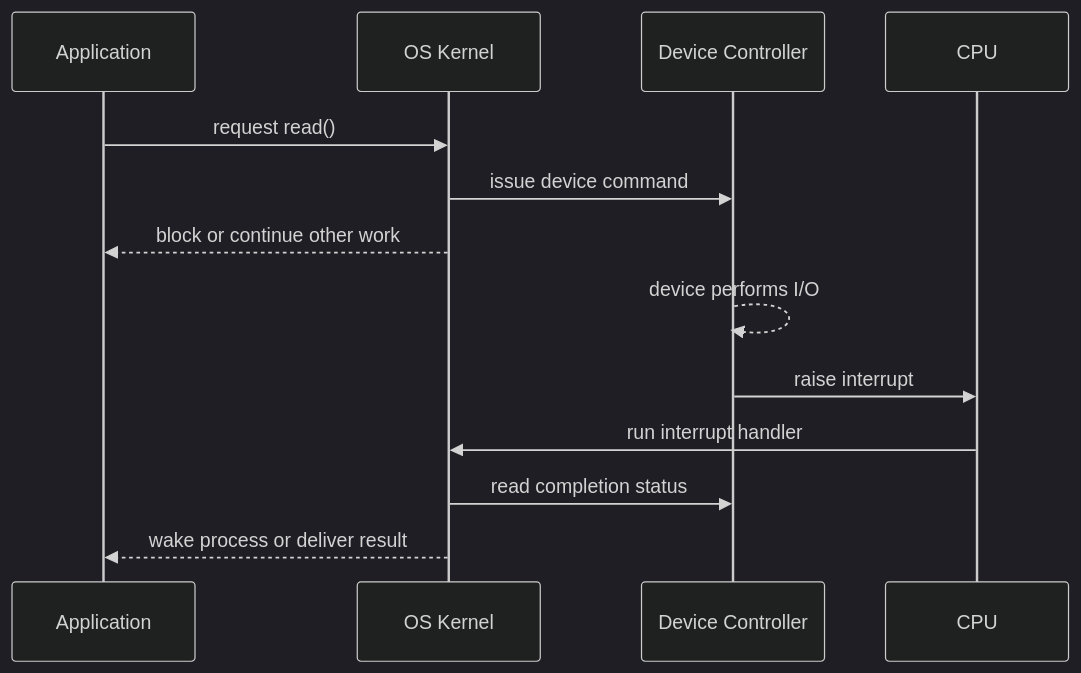
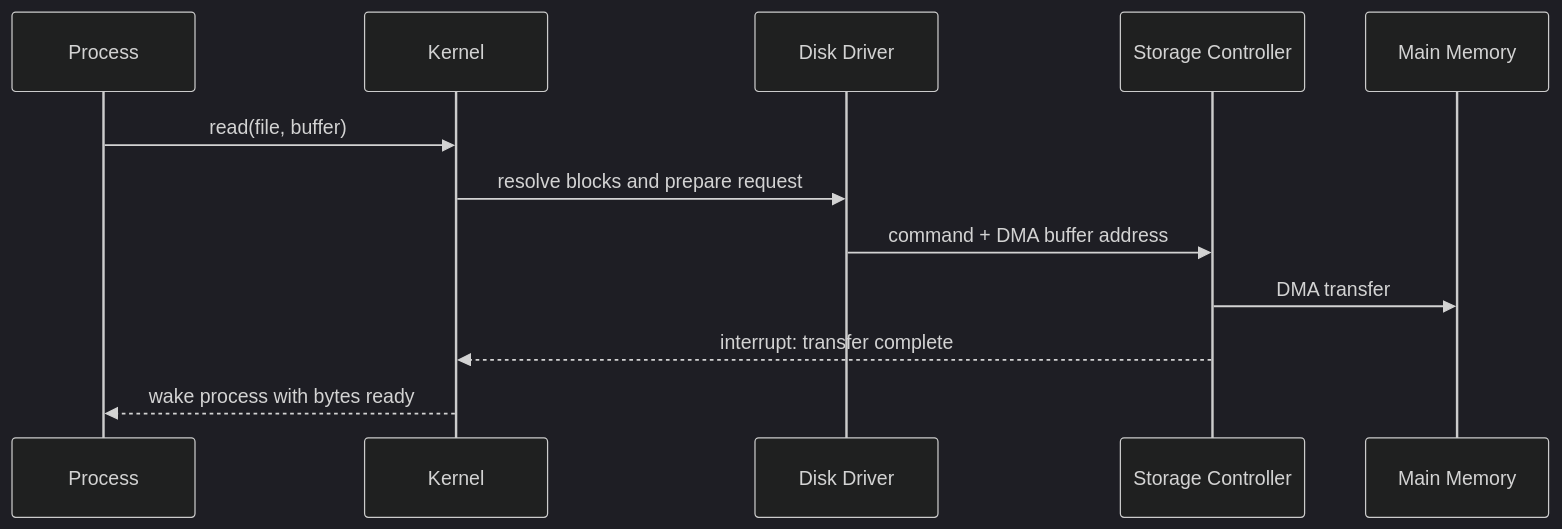
Before and after one commit to Harsh16Bhardwaj/learnOS: the second of 3 diagrams in outputs/markdown/day-02-computer-system-architecture-for-os.md, drawn with Mermaid (dark theme). The commit also changed other lines of this file and 131 other files, not shown here.

````diff
--- a/outputs/markdown/day-02-computer-system-architecture-for-os.md
+++ b/outputs/markdown/day-02-computer-system-architecture-for-os.md
@@ -139,16 +143,14 @@
 ```mermaid
 sequenceDiagram
-    participant App as Application
-    participant OS as OS Kernel
-    participant Ctrl as Device Controller
-    participant CPU as CPU
-
-    App->>OS: request read()
-    OS->>Ctrl: issue device command
-    OS-->>App: block or continue other work
-    Ctrl-->>Ctrl: device performs I/O
-    Ctrl->>CPU: raise interrupt
-    CPU->>OS: run interrupt handler
-    OS->>Ctrl: read completion status
-    OS-->>App: wake process or deliver result
+    participant P as Process
+    participant K as Kernel
+    participant D as Disk Driver
+    participant C as Storage Controller
+    participant M as Main Memory
+    P->>K: read(file, buffer)
+    K->>D: resolve blocks and prepare request
+    D->>C: command + DMA buffer address
+    C->>M: DMA transfer
+    C-->>K: interrupt: transfer complete
+    K-->>P: wake process with bytes ready
 ```
````
